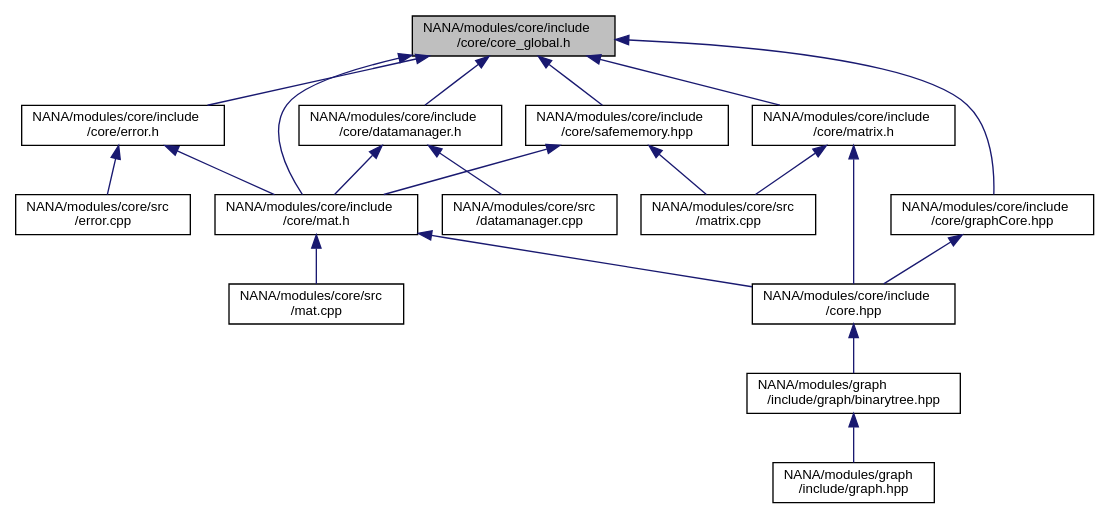
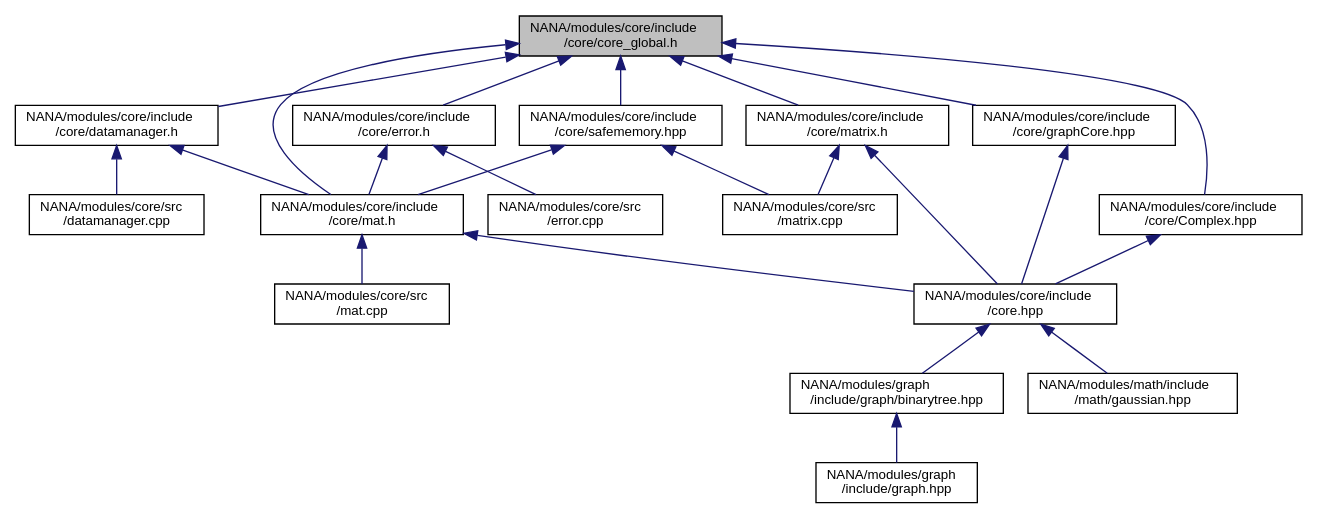
The diagram in docs/core__global_8h__dep__incl.dot (YuruTu/NANA), drawn with Graphviz before and after one commit. The commit also changed 149 other files, not shown here.

```diff
--- a/docs/core__global_8h__dep__incl.dot
+++ b/docs/core__global_8h__dep__incl.dot
@@ -1,39 +1,44 @@
 digraph "NANA/modules/core/include/core/core_global.h"
 {
  // LATEX_PDF_SIZE
   edge [fontname="Helvetica",fontsize="10",labelfontname="Helvetica",labelfontsize="10"];
   node [fontname="Helvetica",fontsize="10",shape=record];
   Node1 [label="NANA/modules/core/include\l/core/core_global.h",height=0.2,width=0.4,color="black", fillcolor="grey75", style="filled", fontcolor="black",tooltip="全局头文件"];
   Node1 -> Node2 [dir="back",color="midnightblue",fontsize="10",style="solid",fontname="Helvetica"];
-  Node2 [label="NANA/modules/core/include\l/core/datamanager.h",height=0.2,width=0.4,color="black", fillcolor="white", style="filled",URL="$datamanager_8h.html",tooltip="实现一个数据管理器"];
+  Node2 [label="NANA/modules/core/include\l/core/Complex.hpp",height=0.2,width=0.4,color="black", fillcolor="white", style="filled",URL="$_complex_8hpp.html",tooltip="实现复数"];
   Node2 -> Node3 [dir="back",color="midnightblue",fontsize="10",style="solid",fontname="Helvetica"];
-  Node3 [label="NANA/modules/core/include\l/core/mat.h",height=0.2,width=0.4,color="black", fillcolor="white", style="filled",URL="$mat_8h.html",tooltip="实现一个用于矩阵运算的模板类(仍在实现当中)"];
+  Node3 [label="NANA/modules/core/include\l/core.hpp",height=0.2,width=0.4,color="black", fillcolor="white", style="filled",URL="$core_8hpp.html",tooltip="包含基本的数据结构等"];
   Node3 -> Node4 [dir="back",color="midnightblue",fontsize="10",style="solid",fontname="Helvetica"];
-  Node4 [label="NANA/modules/core/include\l/core.hpp",height=0.2,width=0.4,color="black", fillcolor="white", style="filled",URL="$core_8hpp.html",tooltip="包含基本的数据结构等"];
+  Node4 [label="NANA/modules/graph\l/include/graph/binarytree.hpp",height=0.2,width=0.4,color="black", fillcolor="white", style="filled",URL="$binarytree_8hpp.html",tooltip="实现二叉树的模板"];
   Node4 -> Node5 [dir="back",color="midnightblue",fontsize="10",style="solid",fontname="Helvetica"];
-  Node5 [label="NANA/modules/graph\l/include/graph/binarytree.hpp",height=0.2,width=0.4,color="black", fillcolor="white", style="filled",URL="$binarytree_8hpp.html",tooltip="实现二叉树的模板"];
-  Node5 -> Node6 [dir="back",color="midnightblue",fontsize="10",style="solid",fontname="Helvetica"];
-  Node6 [label="NANA/modules/graph\l/include/graph.hpp",height=0.2,width=0.4,color="black", fillcolor="white", style="filled",URL="$graph_8hpp.html",tooltip="实现图论相关算法"];
-  Node3 -> Node7 [dir="back",color="midnightblue",fontsize="10",style="solid",fontname="Helvetica"];
-  Node7 [label="NANA/modules/core/src\l/mat.cpp",height=0.2,width=0.4,color="black", fillcolor="white", style="filled",URL="$mat_8cpp.html",tooltip="实现Mat的相关功能"];
-  Node2 -> Node8 [dir="back",color="midnightblue",fontsize="10",style="solid",fontname="Helvetica"];
-  Node8 [label="NANA/modules/core/src\l/datamanager.cpp",height=0.2,width=0.4,color="black", fillcolor="white", style="filled",URL="$datamanager_8cpp_source.html",tooltip=" "];
-  Node1 -> Node9 [dir="back",color="midnightblue",fontsize="10",style="solid",fontname="Helvetica"];
-  Node9 [label="NANA/modules/core/include\l/core/error.h",height=0.2,width=0.4,color="black", fillcolor="white", style="filled",URL="$error_8h.html",tooltip="用于抛出异常"];
-  Node9 -> Node3 [dir="back",color="midnightblue",fontsize="10",style="solid",fontname="Helvetica"];
-  Node9 -> Node10 [dir="back",color="midnightblue",fontsize="10",style="solid",fontname="Helvetica"];
-  Node10 [label="NANA/modules/core/src\l/error.cpp",height=0.2,width=0.4,color="black", fillcolor="white", style="filled",URL="$error_8cpp_source.html",tooltip=" "];
+  Node5 [label="NANA/modules/graph\l/include/graph.hpp",height=0.2,width=0.4,color="black", fillcolor="white", style="filled",URL="$graph_8hpp.html",tooltip="实现图论相关算法"];
+  Node3 -> Node6 [dir="back",color="midnightblue",fontsize="10",style="solid",fontname="Helvetica"];
+  Node6 [label="NANA/modules/math/include\l/math/gaussian.hpp",height=0.2,width=0.4,color="black", fillcolor="white", style="filled",URL="$gaussian_8hpp_source.html",tooltip=" "];
+  Node1 -> Node7 [dir="back",color="midnightblue",fontsize="10",style="solid",fontname="Helvetica"];
+  Node7 [label="NANA/modules/core/include\l/core/datamanager.h",height=0.2,width=0.4,color="black", fillcolor="white", style="filled",URL="$datamanager_8h.html",tooltip="实现一个数据管理器"];
+  Node7 -> Node8 [dir="back",color="midnightblue",fontsize="10",style="solid",fontname="Helvetica"];
+  Node8 [label="NANA/modules/core/include\l/core/mat.h",height=0.2,width=0.4,color="black", fillcolor="white", style="filled",URL="$mat_8h.html",tooltip="实现一个用于矩阵运算的模板类(仍在实现当中)"];
+  Node8 -> Node3 [dir="back",color="midnightblue",fontsize="10",style="solid",fontname="Helvetica"];
+  Node8 -> Node9 [dir="back",color="midnightblue",fontsize="10",style="solid",fontname="Helvetica"];
+  Node9 [label="NANA/modules/core/src\l/mat.cpp",height=0.2,width=0.4,color="black", fillcolor="white", style="filled",URL="$mat_8cpp.html",tooltip="实现Mat的相关功能"];
+  Node7 -> Node10 [dir="back",color="midnightblue",fontsize="10",style="solid",fontname="Helvetica"];
+  Node10 [label="NANA/modules/core/src\l/datamanager.cpp",height=0.2,width=0.4,color="black", fillcolor="white", style="filled",URL="$datamanager_8cpp_source.html",tooltip=" "];
   Node1 -> Node11 [dir="back",color="midnightblue",fontsize="10",style="solid",fontname="Helvetica"];
-  Node11 [label="NANA/modules/core/include\l/core/graphCore.hpp",height=0.2,width=0.4,color="black", fillcolor="white", style="filled",URL="$graph_core_8hpp.html",tooltip="为图论算法实现的基本数据结构"];
-  Node11 -> Node4 [dir="back",color="midnightblue",fontsize="10",style="solid",fontname="Helvetica"];
-  Node1 -> Node3 [dir="back",color="midnightblue",fontsize="10",style="solid",fontname="Helvetica"];
-  Node1 -> Node12 [dir="back",color="midnightblue",fontsize="10",style="solid",fontname="Helvetica"];
-  Node12 [label="NANA/modules/core/include\l/core/matrix.h",height=0.2,width=0.4,color="black", fillcolor="white", style="filled",URL="$matrix_8h.html",tooltip="简单矩阵类(效率不高，但易于理解，很多时候会触发复制构造函数)，不同于Mat"];
-  Node12 -> Node4 [dir="back",color="midnightblue",fontsize="10",style="solid",fontname="Helvetica"];
-  Node12 -> Node13 [dir="back",color="midnightblue",fontsize="10",style="solid",fontname="Helvetica"];
-  Node13 [label="NANA/modules/core/src\l/matrix.cpp",height=0.2,width=0.4,color="black", fillcolor="white", style="filled",URL="$matrix_8cpp_source.html",tooltip=" "];
+  Node11 [label="NANA/modules/core/include\l/core/error.h",height=0.2,width=0.4,color="black", fillcolor="white", style="filled",URL="$error_8h.html",tooltip="用于抛出异常"];
+  Node11 -> Node8 [dir="back",color="midnightblue",fontsize="10",style="solid",fontname="Helvetica"];
+  Node11 -> Node12 [dir="back",color="midnightblue",fontsize="10",style="solid",fontname="Helvetica"];
+  Node12 [label="NANA/modules/core/src\l/error.cpp",height=0.2,width=0.4,color="black", fillcolor="white", style="filled",URL="$error_8cpp_source.html",tooltip=" "];
+  Node1 -> Node13 [dir="back",color="midnightblue",fontsize="10",style="solid",fontname="Helvetica"];
+  Node13 [label="NANA/modules/core/include\l/core/graphCore.hpp",height=0.2,width=0.4,color="black", fillcolor="white", style="filled",URL="$graph_core_8hpp.html",tooltip="为图论算法实现的基本数据结构"];
+  Node13 -> Node3 [dir="back",color="midnightblue",fontsize="10",style="solid",fontname="Helvetica"];
+  Node1 -> Node8 [dir="back",color="midnightblue",fontsize="10",style="solid",fontname="Helvetica"];
   Node1 -> Node14 [dir="back",color="midnightblue",fontsize="10",style="solid",fontname="Helvetica"];
-  Node14 [label="NANA/modules/core/include\l/core/safememory.hpp",height=0.2,width=0.4,color="black", fillcolor="white", style="filled",URL="$safememory_8hpp.html",tooltip="实现安全的内存管理"];
+  Node14 [label="NANA/modules/core/include\l/core/matrix.h",height=0.2,width=0.4,color="black", fillcolor="white", style="filled",URL="$matrix_8h.html",tooltip="简单矩阵类(效率不高，但易于理解，很多时候会触发复制构造函数)，不同于Mat"];
   Node14 -> Node3 [dir="back",color="midnightblue",fontsize="10",style="solid",fontname="Helvetica"];
-  Node14 -> Node13 [dir="back",color="midnightblue",fontsize="10",style="solid",fontname="Helvetica"];
+  Node14 -> Node15 [dir="back",color="midnightblue",fontsize="10",style="solid",fontname="Helvetica"];
+  Node15 [label="NANA/modules/core/src\l/matrix.cpp",height=0.2,width=0.4,color="black", fillcolor="white", style="filled",URL="$matrix_8cpp_source.html",tooltip=" "];
+  Node1 -> Node16 [dir="back",color="midnightblue",fontsize="10",style="solid",fontname="Helvetica"];
+  Node16 [label="NANA/modules/core/include\l/core/safememory.hpp",height=0.2,width=0.4,color="black", fillcolor="white", style="filled",URL="$safememory_8hpp.html",tooltip="实现安全的内存管理"];
+  Node16 -> Node8 [dir="back",color="midnightblue",fontsize="10",style="solid",fontname="Helvetica"];
+  Node16 -> Node15 [dir="back",color="midnightblue",fontsize="10",style="solid",fontname="Helvetica"];
 }
```
